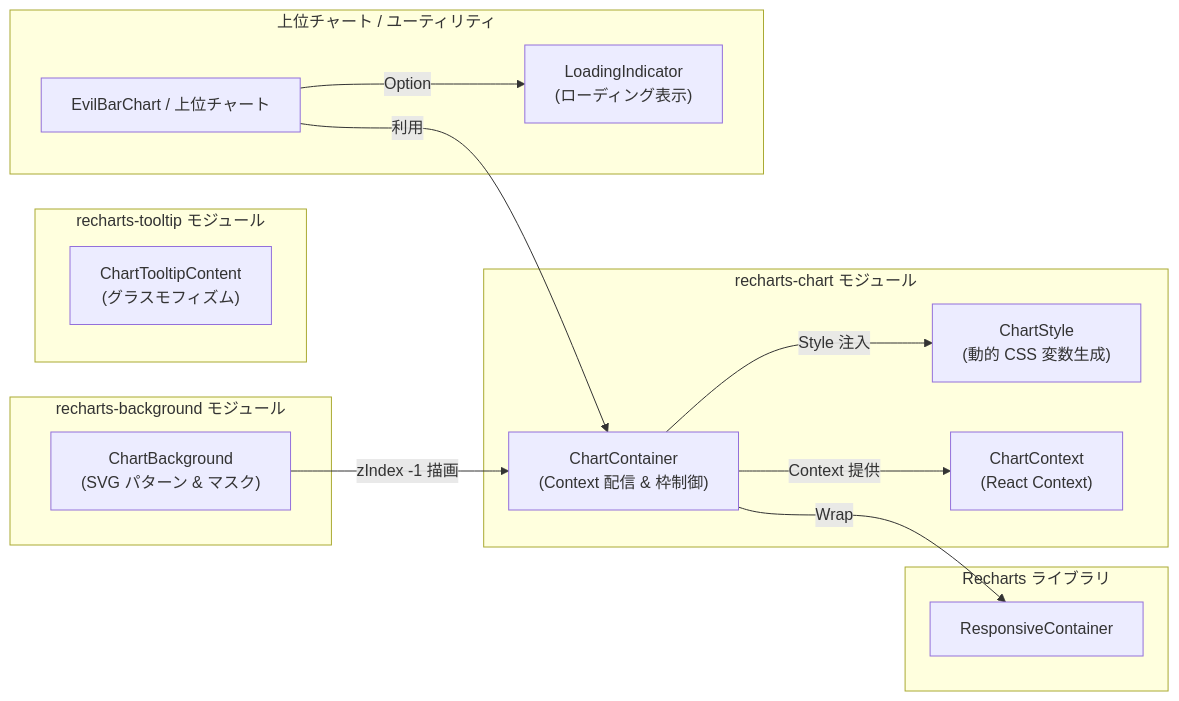
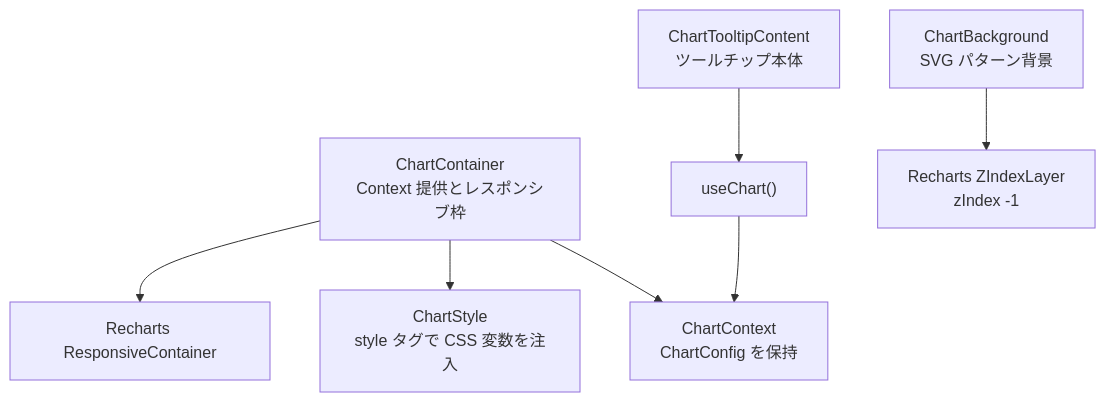
One commit to suwa-sh/zenn-contents changed the second of 3 diagrams in articles/evilcharts_20260729.md. Above: the diagram before and after it, drawn with Mermaid. The commit also changed other lines of this file, not shown here.

````diff
--- a/articles/evilcharts_20260729.md
+++ b/articles/evilcharts_20260729.md
@@ -75,32 +102,18 @@
 ```mermaid
-graph LR
-    subgraph TargetComponent["recharts-chart モジュール"]
-        ChartContainer["ChartContainer<br/>(Context 配信 & 枠制御)"]
-        ChartStyle["ChartStyle<br/>(動的 CSS 変数生成)"]
-        ChartContext["ChartContext<br/>(React Context)"]
-    end
+graph TD
+    Container["ChartContainer<br/>Context 提供とレスポンシブ枠"]
+    Style["ChartStyle<br/>style タグで CSS 変数を注入"]
+    Ctx["ChartContext<br/>ChartConfig を保持"]
+    Hook["useChart()"]
+    Resp["Recharts ResponsiveContainer"]
+    TooltipContent["ChartTooltipContent<br/>ツールチップ本体"]
+    Background["ChartBackground<br/>SVG パターン背景"]
+    ZLayer["Recharts ZIndexLayer<br/>zIndex -1"]
 
-    subgraph HighLevelComponent["上位チャート / ユーティリティ"]
-        EvilBarChart["EvilBarChart / 上位チャート"]
-        LoadingIndicator["LoadingIndicator<br/>(ローディング表示)"]
-    end
-
-    subgraph TooltipComponent["recharts-tooltip モジュール"]
-        ChartTooltipContent["ChartTooltipContent<br/>(グラスモフィズム)"]
-    end
-
-    subgraph BackgroundComponent["recharts-background モジュール"]
-        ChartBackground["ChartBackground<br/>(SVG パターン & マスク)"]
-    end
-
-    subgraph RechartsLib["Recharts ライブラリ"]
-        ResponsiveContainer["ResponsiveContainer"]
-    end
-
-    ChartContainer -->|Context 提供| ChartContext
-    ChartContainer -->|Style 注入| ChartStyle
-    ChartContainer -->|Wrap| ResponsiveContainer
-    EvilBarChart -->|利用| ChartContainer
-    EvilBarChart -->|Option| LoadingIndicator
-    ChartBackground -->|zIndex -1 描画| ChartContainer
+    Container --> Ctx
+    Container --> Style
+    Container --> Resp
+    TooltipContent --> Hook
+    Hook --> Ctx
+    Background --> ZLayer
 ```
````
